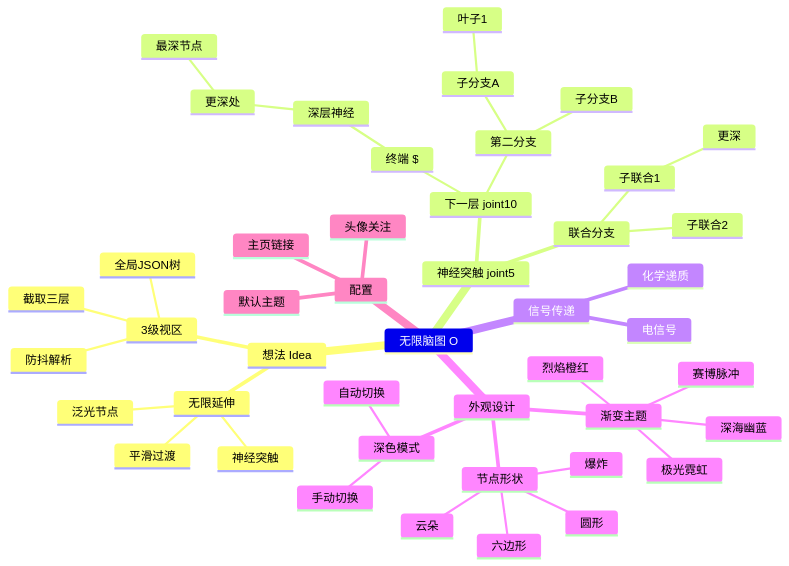
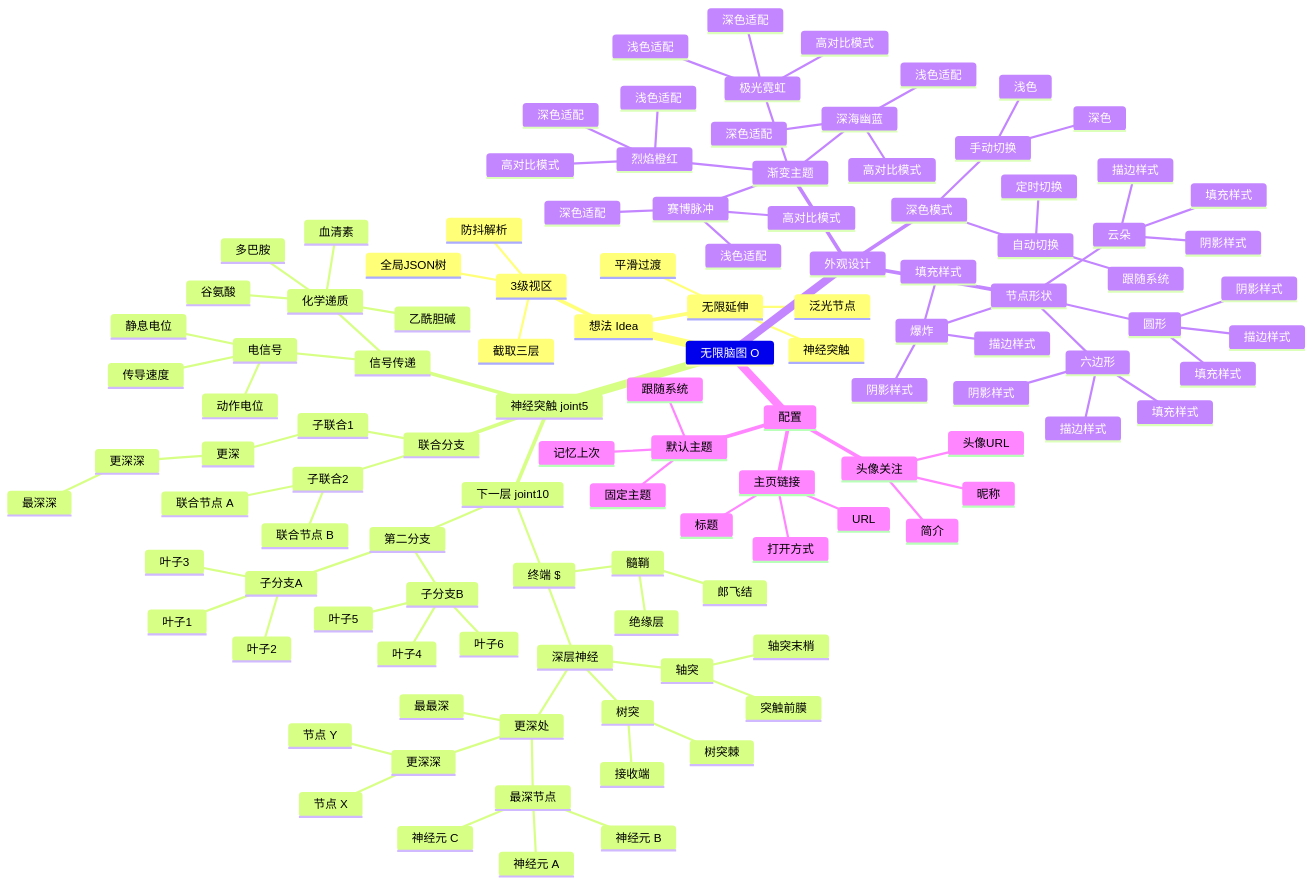
Before and after one commit to hh5646838/mindmoo: the diagram in data/example.mmd, drawn with Mermaid. The commit also changed 1 other file, not shown here.

```diff
--- a/data/example.mmd
+++ b/data/example.mmd
@@ -1,46 +1,115 @@
 mindmap
   无限脑图 O
     想法 Idea
       3级视区
         截取三层
         防抖解析
         全局JSON树
       无限延伸
         神经突触
         泛光节点
         平滑过渡
     神经突触 joint5
       下一层 joint10
         终端 $
           深层神经
+            轴突
+              轴突末梢
+              突触前膜
+            树突
+              树突棘
+              接收端
             更深处
               最深节点
+                神经元 A
+                神经元 B
+                神经元 C
+              更深深
+                节点 X
+                节点 Y
+              最最深
+          髓鞘
+            郎飞结
+            绝缘层
         第二分支
           子分支A
             叶子1
+            叶子2
+            叶子3
           子分支B
+            叶子4
+            叶子5
+            叶子6
       联合分支
         子联合1
           更深
+            更深深
+              最深深
         子联合2
-    信号传递
-      电信号
-      化学递质
+          联合节点 A
+          联合节点 B
+      信号传递
+        电信号
+          动作电位
+          静息电位
+          传导速度
+        化学递质
+          乙酰胆碱
+          多巴胺
+          血清素
+          谷氨酸
     外观设计
       渐变主题
         极光霓虹
+          深色适配
+          浅色适配
+          高对比模式
         深海幽蓝
+          深色适配
+          浅色适配
+          高对比模式
         烈焰橙红
+          深色适配
+          浅色适配
+          高对比模式
         赛博脉冲
+          深色适配
+          浅色适配
+          高对比模式
       节点形状
         圆形
+          描边样式
+          填充样式
+          阴影样式
         六边形
+          描边样式
+          填充样式
+          阴影样式
         云朵
+          描边样式
+          填充样式
+          阴影样式
         爆炸
+          描边样式
+          填充样式
+          阴影样式
       深色模式
         自动切换
+          跟随系统
+          定时切换
         手动切换
+          浅色
+          深色
     配置
       主页链接
+        URL
+        标题
+        打开方式
       头像关注
+        头像URL
+        昵称
+        简介
       默认主题
+        记忆上次
+        跟随系统
+        固定主题
```
